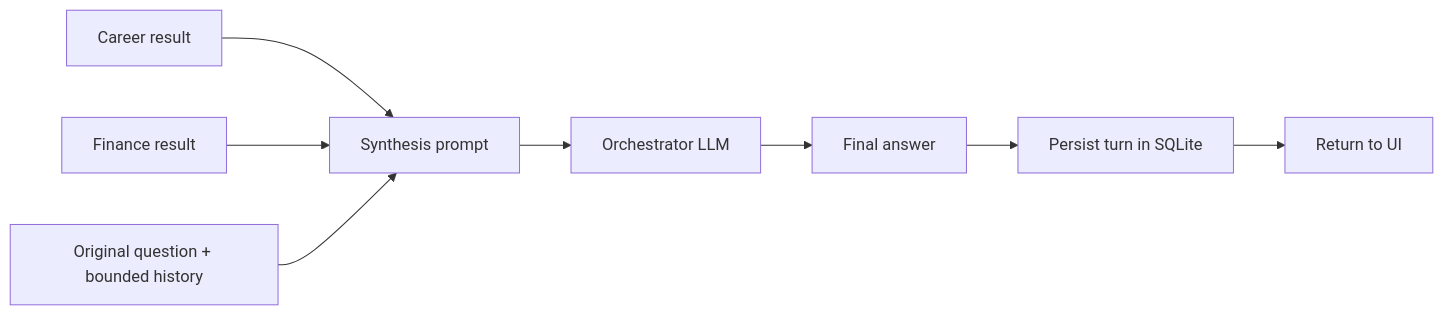
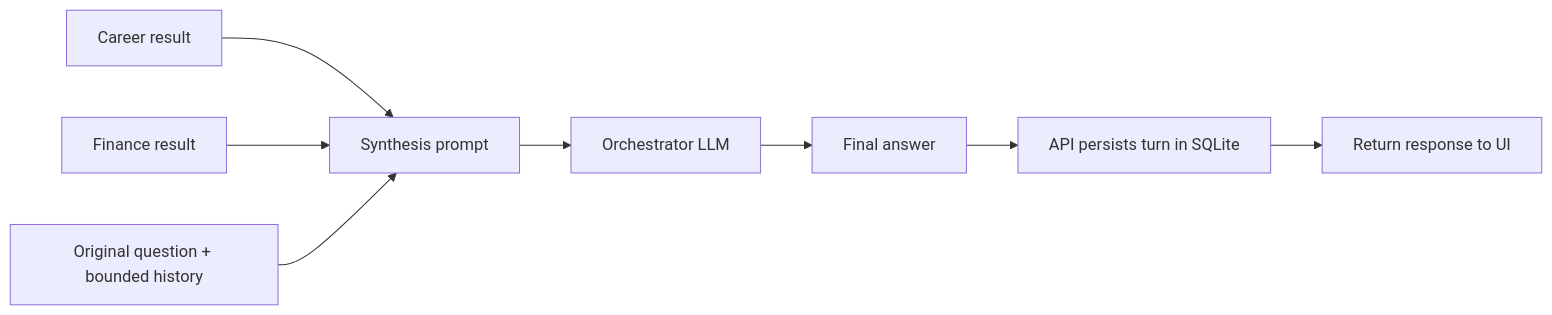
One commit to chamanthmvs/AstroWeave changed the third of 3 diagrams in docs/book/02-one-request.md. Above: the diagram before and after it, drawn with Mermaid. The commit also changed other lines of this file and 10 other files, not shown here.

````diff
--- a/docs/book/02-one-request.md
+++ b/docs/book/02-one-request.md
@@ -206,10 +209,10 @@
 ```mermaid
 flowchart LR
-    R1[Career result] --> S[Synthesis prompt]
-    R2[Finance result] --> S
-    Q[Original question + bounded history] --> S
-    S --> L[Orchestrator LLM]
-    L --> A[Final answer]
-    A --> P[Persist turn in SQLite]
-    P --> U[Return to UI]
+    R1["Career result"] --> S["Synthesis prompt"]
+    R2["Finance result"] --> S
+    Q["Original question + bounded history"] --> S
+    S --> L["Orchestrator LLM"]
+    L --> A["Final answer"]
+    A --> P["API persists turn in SQLite"]
+    P --> U["Return response to UI"]
 ```
````
